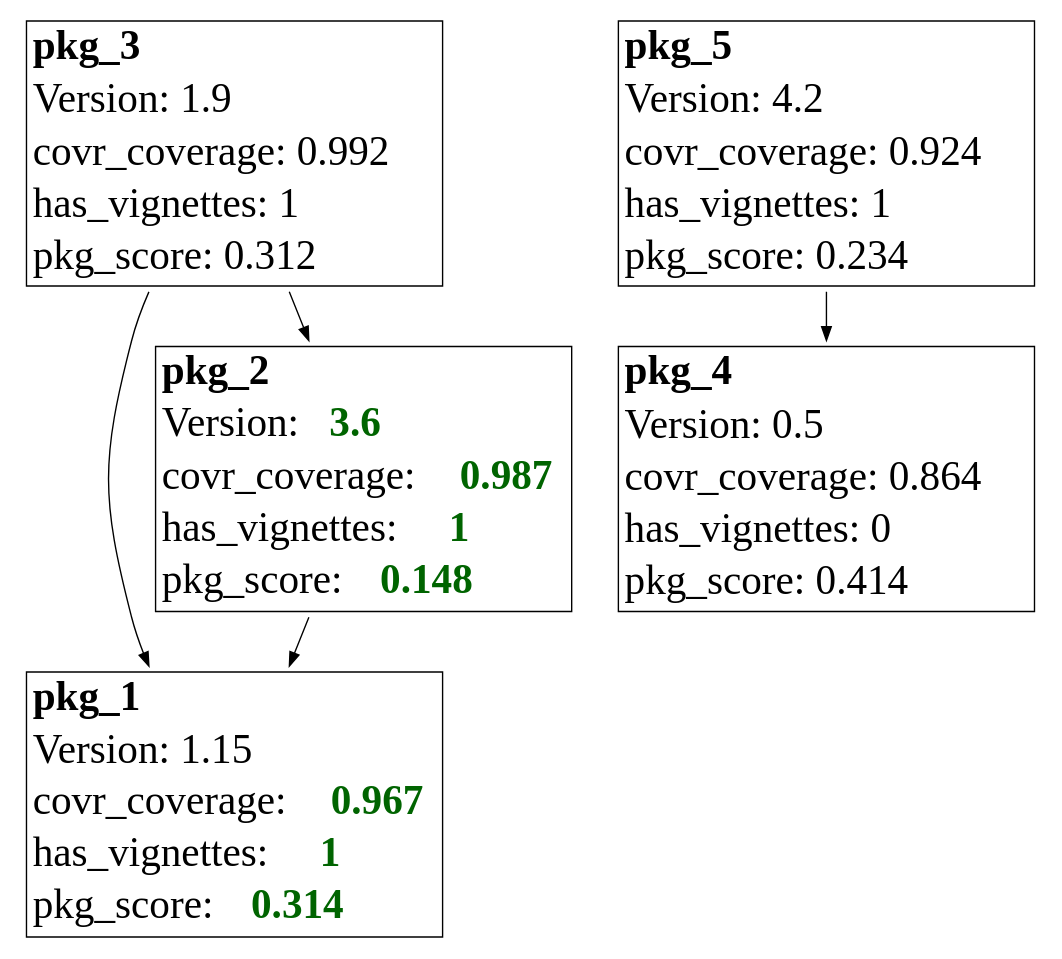
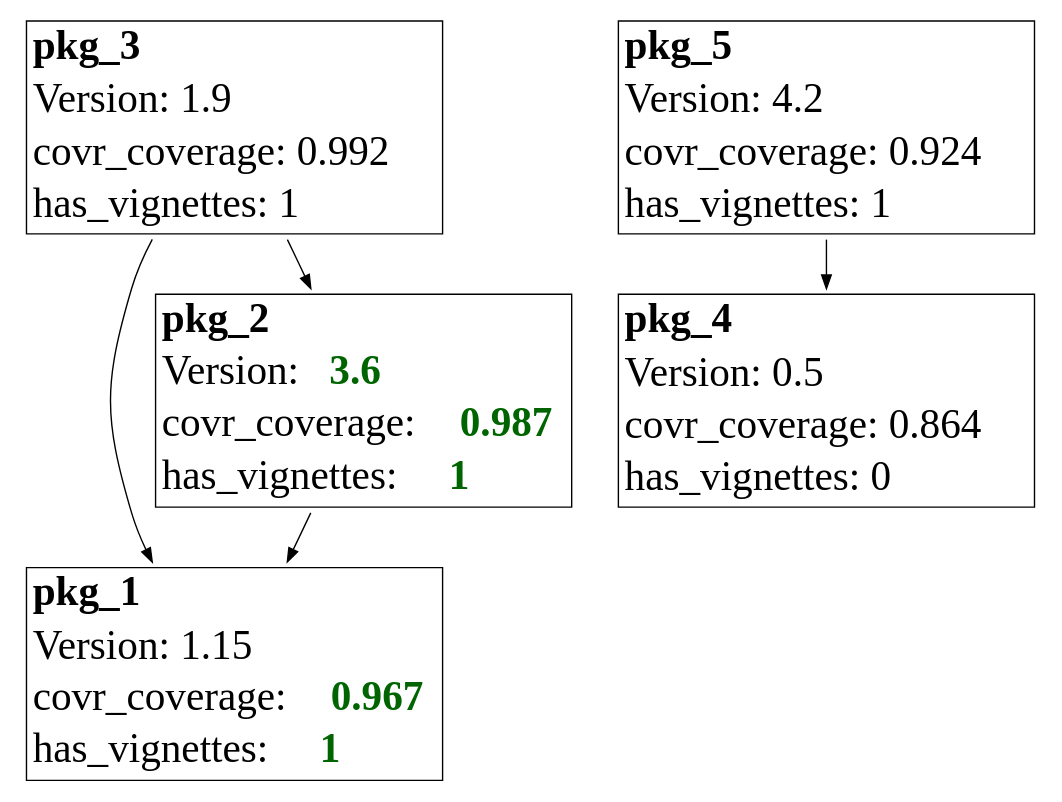
The fourth of 4 diagrams in index.qmd (pharmaR/events-useR2024), drawn with Graphviz before and after one commit. The commit also changed other lines of this file, not shown here.

````diff
--- a/index.qmd
+++ b/index.qmd
@@ -322,55 +314,50 @@
 ```{dot}
 digraph D {
   node [shape=plaintext fontname="Sans serif" fontsize="30"];
 
   pkg_1 [ label=<
    <table border="1" cellborder="0" cellspacing="1">
      <tr><td align="left"><b>pkg_1</b></td></tr>
      <tr><td align="left">Version: 1.15</td></tr>
      <tr><td align="left">covr_coverage: <b><font color="darkgreen">0.967</font></b></td></tr>
      <tr><td align="left">has_vignettes: <b><font color="darkgreen">1</font></b></td></tr>
-     <tr><td align="left">pkg_score: <b><font color="darkgreen">0.314</font></b></td></tr>
    </table>>];
    
   pkg_2 [ label=<
    <table border="1" cellborder="0" cellspacing="1">
      <tr><td align="left"><b>pkg_2</b></td></tr>
      <tr><td align="left">Version: <b><font color="darkgreen">3.6</font></b></td></tr>
      <tr><td align="left">covr_coverage: <b><font color="darkgreen">0.987</font></b></td></tr>
      <tr><td align="left">has_vignettes: <b><font color="darkgreen">1</font></b></td></tr>
-     <tr><td align="left">pkg_score: <b><font color="darkgreen">0.148</font></b></td></tr>
    </table>>];
    
   pkg_3 [ label=<
    <table border="1" cellborder="0" cellspacing="1">
      <tr><td align="left"><b>pkg_3</b></td></tr>
      <tr><td align="left">Version: 1.9</td></tr>
      <tr><td align="left">covr_coverage: 0.992</td></tr>
      <tr><td align="left">has_vignettes: 1</td></tr>
-     <tr><td align="left">pkg_score: 0.312</td></tr>
    </table>>];
    
   pkg_4 [ label=<
    <table border="1" cellborder="0" cellspacing="1">
      <tr><td align="left"><b>pkg_4</b></td></tr>
      <tr><td align="left">Version: 0.5</td></tr>
      <tr><td align="left">covr_coverage: 0.864</td></tr>
      <tr><td align="left">has_vignettes: 0</td></tr>
-     <tr><td align="left">pkg_score: 0.414</td></tr>
    </table>>];
    
   pkg_5 [ label=<
    <table border="1" cellborder="0" cellspacing="1">
      <tr><td align="left"><b>pkg_5</b></td></tr>
      <tr><td align="left">Version: 4.2</td></tr>
      <tr><td align="left">covr_coverage: 0.924</td></tr>
      <tr><td align="left">has_vignettes: 1</td></tr>
-     <tr><td align="left">pkg_score: 0.234</td></tr>
    </table>>];
 
   pkg_2 -> pkg_1;
   pkg_3 -> pkg_1;
   pkg_3 -> pkg_2;
   pkg_5 -> pkg_4;
 }
 ```
````
